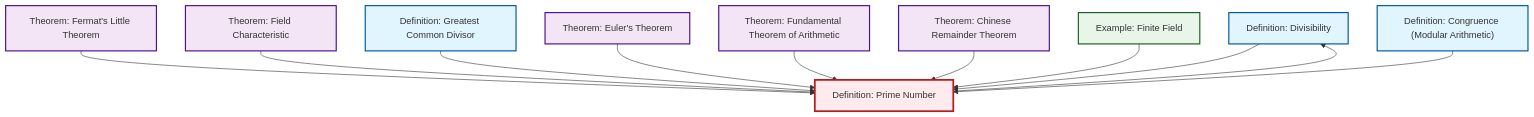
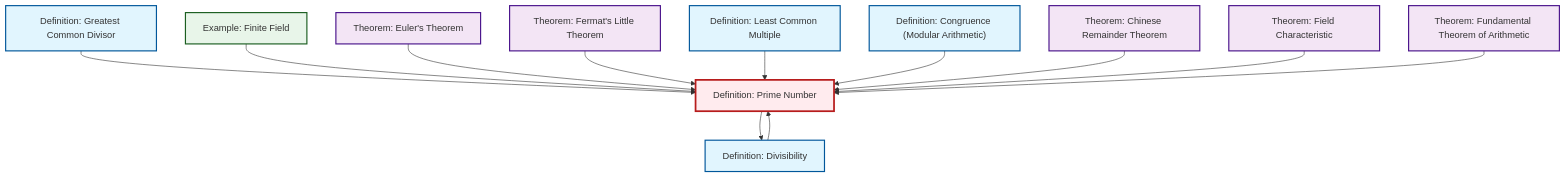
The diagram in output/mermaid/def-prime.mermaid (RK0429/ModernMath), drawn with Mermaid before and after one commit. The commit also changed 634 other files, not shown here.

First line of the commit message:
feat: Add prime ideal definition with comprehensive cross-references

```diff
--- a/output/mermaid/def-prime.mermaid
+++ b/output/mermaid/def-prime.mermaid
@@ -1,28 +1,30 @@
 %%| fig-cap: "Local dependency graph"
 graph TD
     classDef definition fill:#e1f5fe,stroke:#01579b,stroke-width:2px
     classDef theorem fill:#f3e5f5,stroke:#4a148c,stroke-width:2px
     classDef axiom fill:#fff3e0,stroke:#e65100,stroke-width:2px
     classDef example fill:#e8f5e9,stroke:#1b5e20,stroke-width:2px
     classDef current fill:#ffebee,stroke:#b71c1c,stroke-width:3px
+    def-gcd["Definition: Greatest Common Divisor"]:::definition
+    thm-euler["Theorem: Euler's Theorem"]:::theorem
+    thm-fermat-little["Theorem: Fermat's Little Theorem"]:::theorem
+    thm-fundamental-arithmetic["Theorem: Fundamental Theorem of Arithmetic"]:::theorem
+    def-lcm["Definition: Least Common Multiple"]:::definition
+    def-congruence["Definition: Congruence (Modular Arithmetic)"]:::definition
     def-divisibility["Definition: Divisibility"]:::definition
-    def-congruence["Definition: Congruence (Modular Arithmetic)"]:::definition
-    def-gcd["Definition: Greatest Common Divisor"]:::definition
+    thm-chinese-remainder["Theorem: Chinese Remainder Theorem"]:::theorem
+    ex-finite-field["Example: Finite Field"]:::example
     def-prime["Definition: Prime Number"]:::definition
-    ex-finite-field["Example: Finite Field"]:::example
     thm-field-characteristic["Theorem: Field Characteristic"]:::theorem
-    thm-fundamental-arithmetic["Theorem: Fundamental Theorem of Arithmetic"]:::theorem
-    thm-euler["Theorem: Euler's Theorem"]:::theorem
-    thm-chinese-remainder["Theorem: Chinese Remainder Theorem"]:::theorem
-    thm-fermat-little["Theorem: Fermat's Little Theorem"]:::theorem
+    def-divisibility --> def-prime
+    def-gcd --> def-prime
+    ex-finite-field --> def-prime
+    thm-euler --> def-prime
     thm-fermat-little --> def-prime
+    def-lcm --> def-prime
+    def-congruence --> def-prime
     def-prime --> def-divisibility
+    thm-chinese-remainder --> def-prime
     thm-field-characteristic --> def-prime
-    def-gcd --> def-prime
-    thm-euler --> def-prime
     thm-fundamental-arithmetic --> def-prime
-    thm-chinese-remainder --> def-prime
-    def-divisibility --> def-prime
-    ex-finite-field --> def-prime
-    def-congruence --> def-prime
     class def-prime current
```
